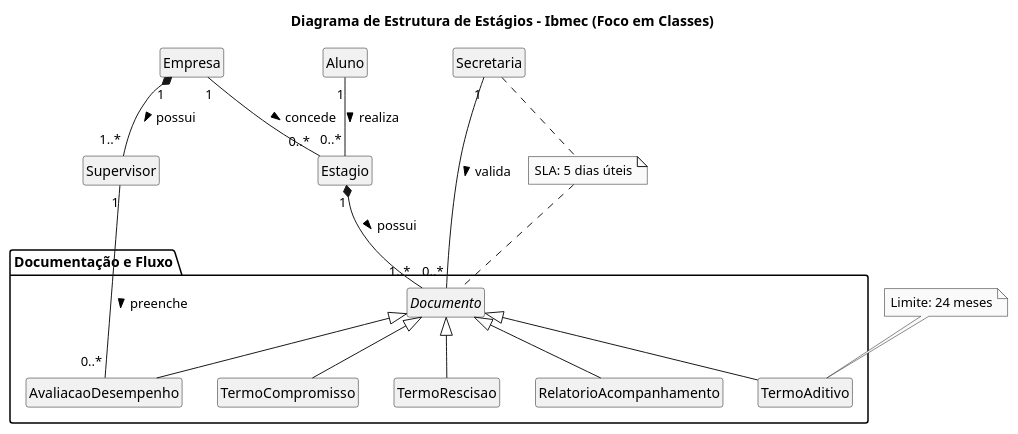
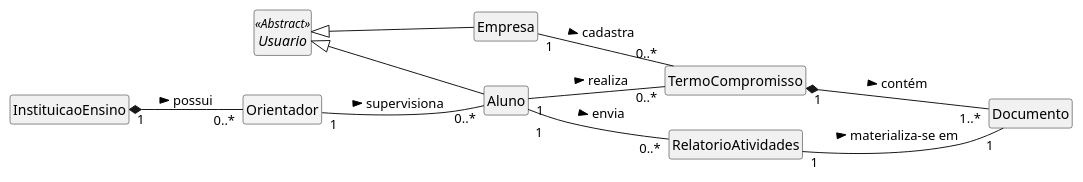
The diagram in docs/Elaboracao/diagrama_de_classes.md (Projetos-de-Extensao/PBE_26.1_8001_IV), drawn with PlantUML before and after one commit. The commit also changed other lines of this file and 1 other file, not shown here.

Commit message:
diagrama de classes final, remoção do outro caso de uso

````diff
--- a/docs/Elaboracao/diagrama_de_classes.md
+++ b/docs/Elaboracao/diagrama_de_classes.md
@@ -29,52 +38,38 @@
 ```kroki-plantuml
-@startuml
-' Configurações de estilo para clareza visual
+@startuml Sistema_Gestao_Estagios_DiagramaFinal
+
+' Configurações Visuais
+left to right direction
+skinparam shadowing false
 skinparam monochrome true
-skinparam shadowing false
 hide circle
-hide members
+hide methods
+hide attributes
 
-title Diagrama de Estrutura de Estágios - Ibmec (Foco em Classes)
-
-' Definição das Classes Principais
+' Definição das Classes
+abstract class Usuario <<Abstract>>
 class Aluno
 class Empresa
-class Supervisor
-class Secretaria
-class Estagio
+class InstituicaoEnsino
+class Orientador #fff9c4 
+class TermoCompromisso
+class Documento
+class RelatorioAtividades
 
-' Agrupamento de Documentos para organização visual
-package "Documentação e Fluxo" {
-    abstract class Documento
-    class TermoCompromisso
-    class TermoAditivo
-    class TermoRescisao
-    class RelatorioAcompanhamento
-    class AvaliacaoDesempenho
-}
+' Herança (Somente perfis com interação direta/login)
+Usuario <|-- Aluno
+Usuario <|-- Empresa
 
 ' Relacionamentos e Multiplicidade
-Aluno "1" -- "0..*" Estagio : realiza >
-Empresa "1" -- "0..*" Estagio : concede >
-Empresa "1" *-- "1..*" Supervisor : possui >
-Estagio "1" *-- "1..*" Documento : possui >
+InstituicaoEnsino "1" *-- "0..*" Orientador : possui >
+Orientador "1" -- "0..*" Aluno : supervisiona >
+Aluno "1" -- "0..*" TermoCompromisso : realiza >
+Empresa "1" -- "0..*" TermoCompromisso : cadastra >
 
-Secretaria "1" -- "0..*" Documento : valida >
-Supervisor "1" -- "0..*" AvaliacaoDesempenho : preenche >
+' Composição de Documentos e Relatórios
+TermoCompromisso "1" *-- "1..*" Documento : contém >
+Aluno "1" -- "0..*" RelatorioAtividades : envia >
+RelatorioAtividades "1" -- "1" Documento : materializa-se em >
 
-' Hierarquia de Tipos de Documentos
-Documento <|-- TermoCompromisso
-Documento <|-- TermoAditivo
-Documento <|-- TermoRescisao
-Documento <|-- RelatorioAcompanhamento
-Documento <|-- AvaliacaoDesempenho
-
-' Notas de Regras de Negócio
-note "SLA: 5 dias úteis" as N1
-Secretaria .. N1
-N1 .. Documento
-
-note "Limite: 24 meses" as N2
-N2 .. TermoAditivo
 @enduml
 ```
````
